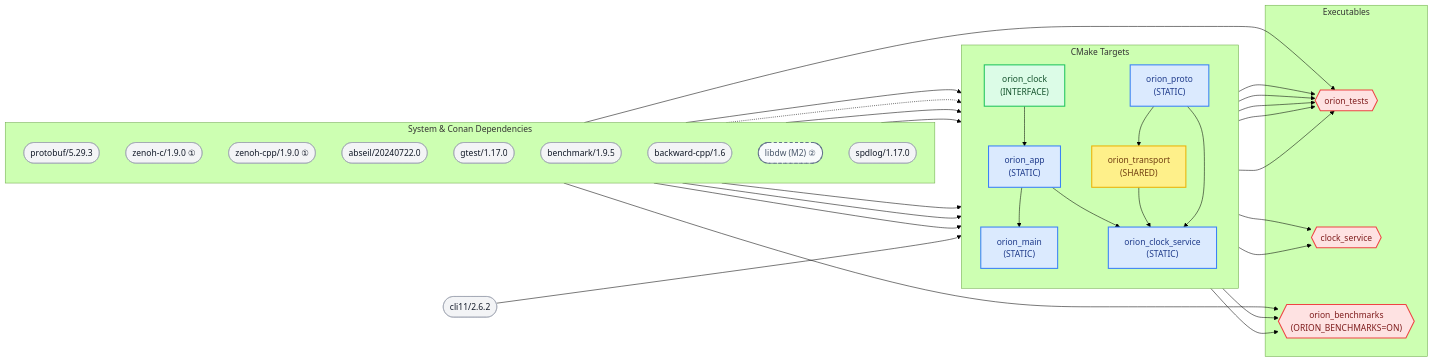
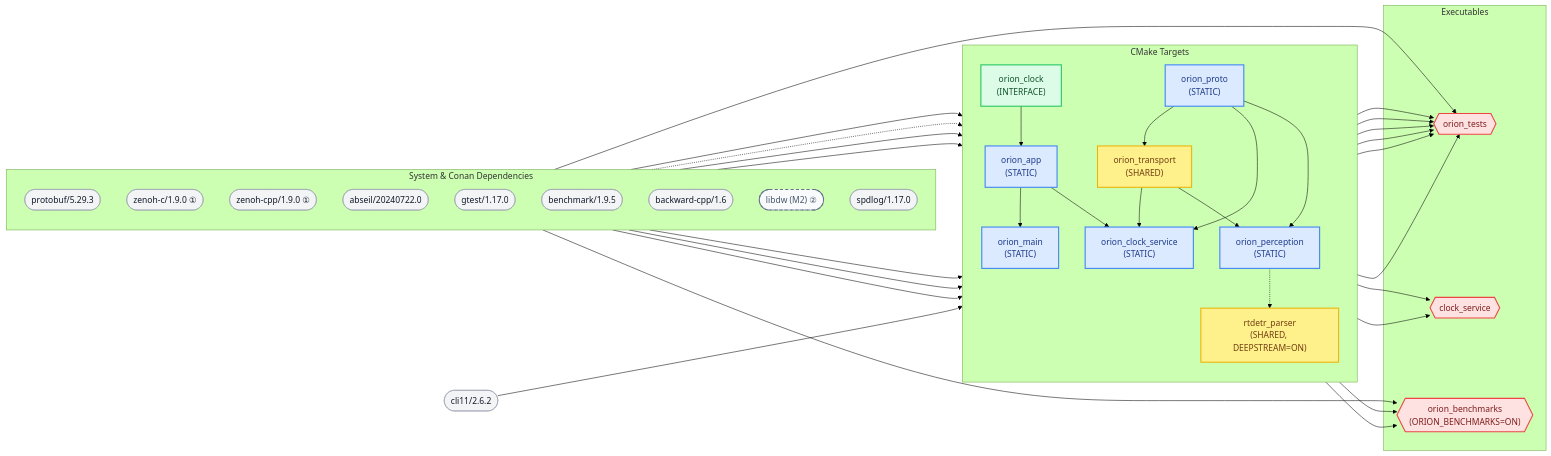
One commit to Unmanned-Constellation/orion changed the diagram in docs/architecture.md. Above: the diagram before and after it, drawn with Mermaid (forest theme). The commit also changed other lines of this file and 23 other files, not shown here.

````diff
--- a/docs/architecture.md
+++ b/docs/architecture.md
@@ -9,74 +9,82 @@
 ```{mermaid}
 flowchart LR
     %% Semantic Style Definitions
     classDef external   fill:#f3f4f6,stroke:#9ca3af,stroke-width:1px,color:#111827
     classDef interface  fill:#dcfce7,stroke:#22c55e,stroke-width:2px,color:#14532d
     classDef staticLib  fill:#dbeafe,stroke:#3b82f6,stroke-width:2px,color:#1e3a8a
     classDef sharedLib  fill:#fef08a,stroke:#eab308,stroke-width:2px,color:#713f12
     classDef executable fill:#fee2e2,stroke:#ef4444,stroke-width:2px,color:#7f1d1d
     classDef planned    fill:#f8fafc,stroke:#64748b,stroke-width:2px,stroke-dasharray: 5 5,color:#475569
 
     subgraph External ["System & Conan Dependencies"]
         direction TB
         protobuf(["protobuf/5.29.3"]):::external
         zenohc(["zenoh-c/1.9.0 ①"]):::external
         zenohcpp(["zenoh-cpp/1.9.0 ①"]):::external
         abseil(["abseil/20240722.0"]):::external
         gtest(["gtest/1.17.0"]):::external
         gbench(["benchmark/1.9.5"]):::external
         backwardcpp(["backward-cpp/1.6"]):::external
 
         libdw(["libdw (M2) ②"]):::planned
         spdlog(["spdlog/1.17.0"]):::external
     end
 
     subgraph Modules ["CMake Targets"]
         direction TB
         orion_clock["orion_clock<br/>(INTERFACE)"]:::interface
         orion_proto["orion_proto<br/>(STATIC)"]:::staticLib
         orion_app["orion_app<br/>(STATIC)"]:::staticLib
         orion_transport["orion_transport<br/>(SHARED)"]:::sharedLib
         orion_clock_service["orion_clock_service<br/>(STATIC)"]:::staticLib
         orion_main["orion_main<br/>(STATIC)"]:::staticLib
+        orion_perception["orion_perception<br/>(STATIC)"]:::staticLib
+        rtdetr_parser["rtdetr_parser<br/>(SHARED, DEEPSTREAM=ON)"]:::sharedLib
     end
 
     subgraph Executables ["Executables"]
         orion_tests{{"orion_tests"}}:::executable
         clock_service{{"clock_service"}}:::executable
         orion_benchmarks{{"orion_benchmarks<br/>(ORION_BENCHMARKS=ON)"}}:::executable
     end
 
     %% External to Module Edges
     protobuf    --> orion_proto
     abseil      --> orion_proto
     zenohc      --> orion_transport
     zenohcpp    --> orion_transport
 
     backwardcpp --> orion_app
     libdw       -.-> orion_app
     spdlog      --> orion_app
     cli11(["cli11/2.6.2"]):::external --> orion_main
 
     %% Internal Module Edges
     orion_proto --> orion_transport
     orion_clock --> orion_app
     orion_app   --> orion_main
 
     %% Executable Edges
     orion_clock     --> orion_tests
     orion_app       --> orion_tests
     orion_transport --> orion_tests
     orion_proto     --> orion_tests
     orion_main      --> orion_tests
     gtest           --> orion_tests
 
     orion_app            --> orion_clock_service
     orion_transport      --> orion_clock_service
     orion_proto          --> orion_clock_service
     orion_clock_service  --> clock_service
     orion_main           --> clock_service
 
     gbench          --> orion_benchmarks
     orion_transport --> orion_benchmarks
     orion_proto     --> orion_benchmarks
+
+    %% orion_perception
+    orion_proto          --> orion_perception
+    orion_transport      --> orion_perception
+    orion_perception     --> orion_tests
+    orion_perception     -.-> rtdetr_parser
 ```
````
